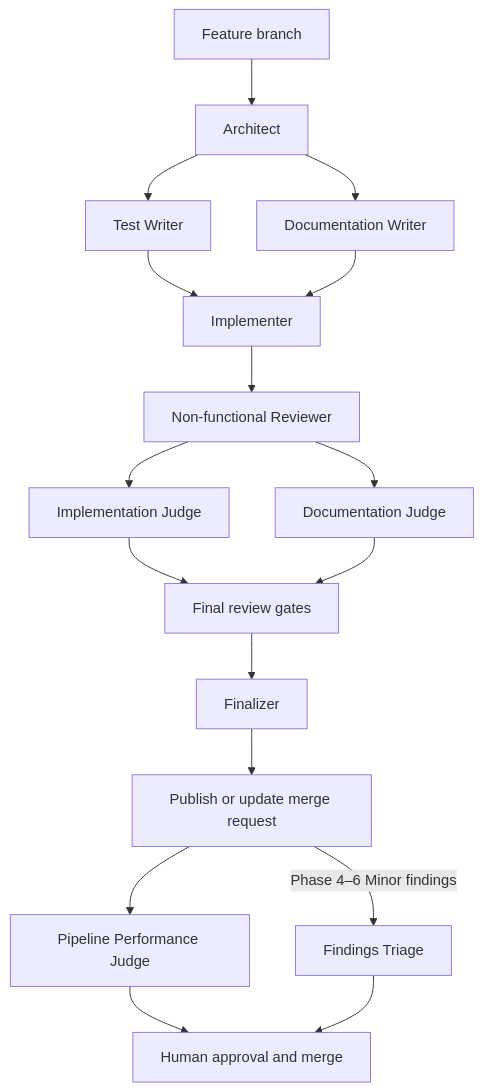
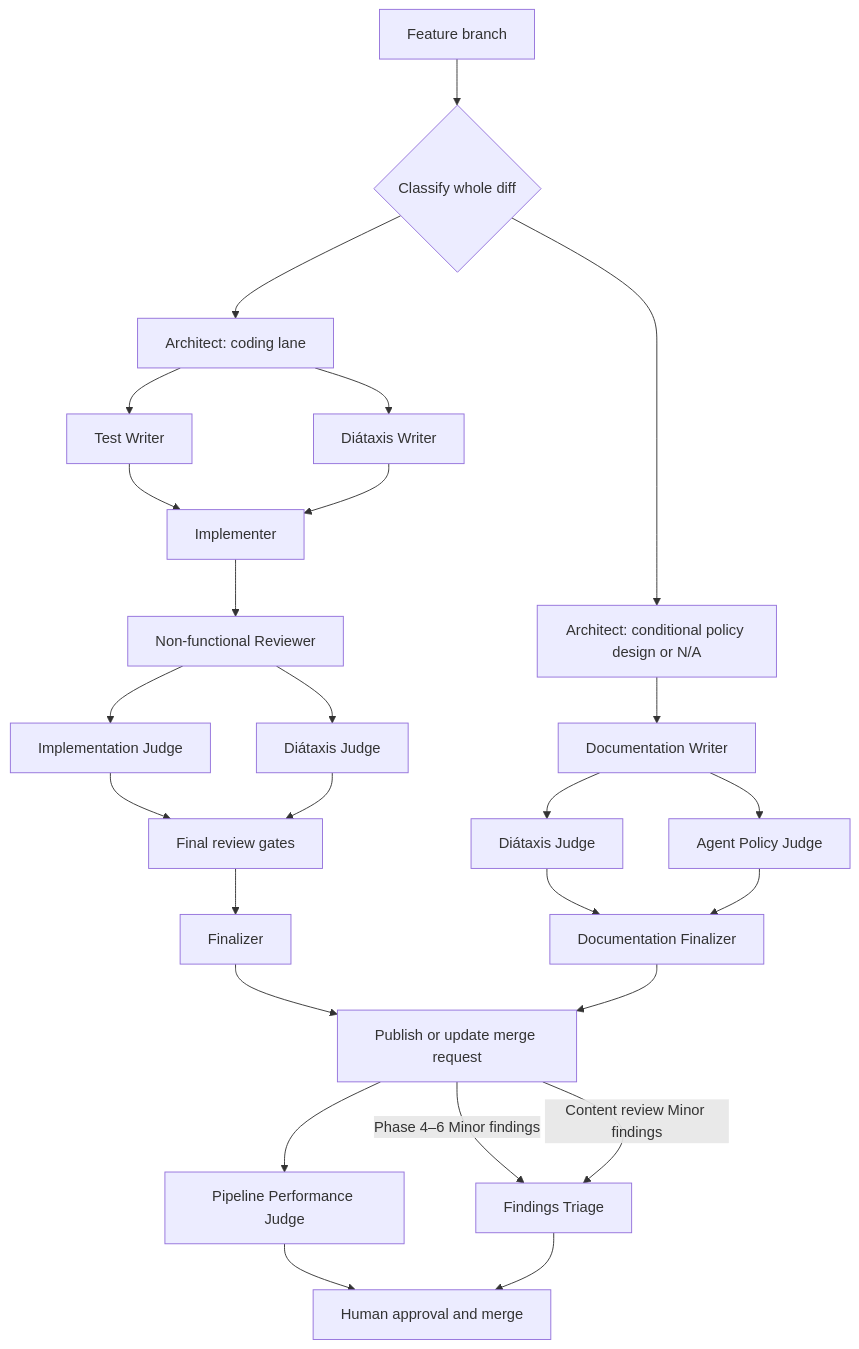
One commit to dfwguy/nvis-ova-agentic-copier changed the diagram in docs/explanation/agentic-workflow.md. Above: the diagram before and after it, drawn with Mermaid. The commit also changed other lines of this file and 38 other files, not shown here.

Commit message:
Add documentation and agent-policy workflow

````diff
--- a/docs/explanation/agentic-workflow.md
+++ b/docs/explanation/agentic-workflow.md
@@ -67,19 +102,28 @@
 ```mermaid
 flowchart TD
-    branch[Feature branch] --> architect[Architect]
-    architect --> tests[Test Writer]
-    architect --> docs[Documentation Writer]
+    branch[Feature branch] --> classify{Classify whole diff}
+    classify --> coding_architect[Architect: coding lane]
+    coding_architect --> tests[Test Writer]
+    coding_architect --> diataxis_writer[Diátaxis Writer]
     tests --> implementer[Implementer]
-    docs --> implementer
+    diataxis_writer --> implementer
     implementer --> nonfunctional[Non-functional Reviewer]
     nonfunctional --> implementation[Implementation Judge]
-    nonfunctional --> documentation[Documentation Judge]
+    nonfunctional --> diataxis_judge[Diátaxis Judge]
     implementation --> final_gates[Final review gates]
-    documentation --> final_gates
-    final_gates --> finalizer[Finalizer]
-    finalizer --> mr[Publish or update merge request]
+    diataxis_judge --> final_gates
+    final_gates --> coding_finalizer[Finalizer]
+    coding_finalizer --> mr[Publish or update merge request]
+    classify --> policy_architect[Architect: conditional policy design or N/A]
+    policy_architect --> documentation_writer[Documentation Writer]
+    documentation_writer --> documentation_judge[Diátaxis Judge]
+    documentation_writer --> policy_judge[Agent Policy Judge]
+    documentation_judge --> documentation_finalizer[Documentation Finalizer]
+    policy_judge --> documentation_finalizer
+    documentation_finalizer --> mr
     mr --> pipeline[Pipeline Performance Judge]
     mr -->|Phase 4–6 Minor findings| triage[Findings Triage]
+    mr -->|Content review Minor findings| triage
     pipeline --> human[Human approval and merge]
     triage --> human
 ```
````
